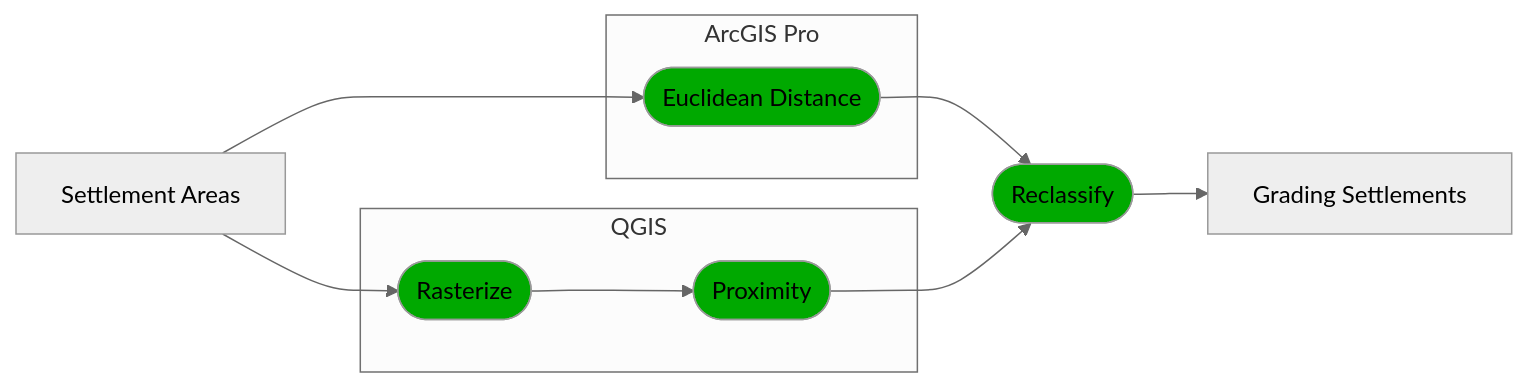
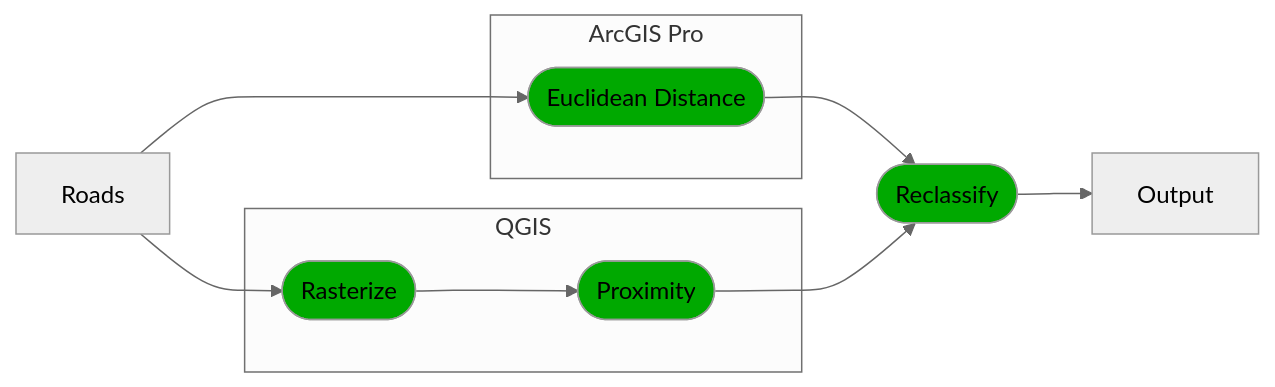
The diagram in images/mermaid-settlements2.mmd (remote-sensing-zhaw/QGIS-introduction), drawn with Mermaid (neutral theme) before and after one commit. The commit also changed 6 other files, not shown here.

```diff
--- a/images/mermaid-settlements2.mmd
+++ b/images/mermaid-settlements2.mmd
@@ -1,17 +1,17 @@
 
 graph LR
     
-    A["Settlement Areas"] --> B
+    A["Roads"] --> B
     A --> Q
-    D --> E["Grading Settlements"]
+    D --> E["Output"]
     B --> D(["Reclassify"])
     R --> D
     subgraph ArcGIS Pro
     B(["Euclidean Distance"])
     end
     subgraph QGIS
     Q(["Rasterize"]) --> R(["Proximity"])
     end
 
     classDef process fill:#00a900
     class B,D,Q,R process;
```
